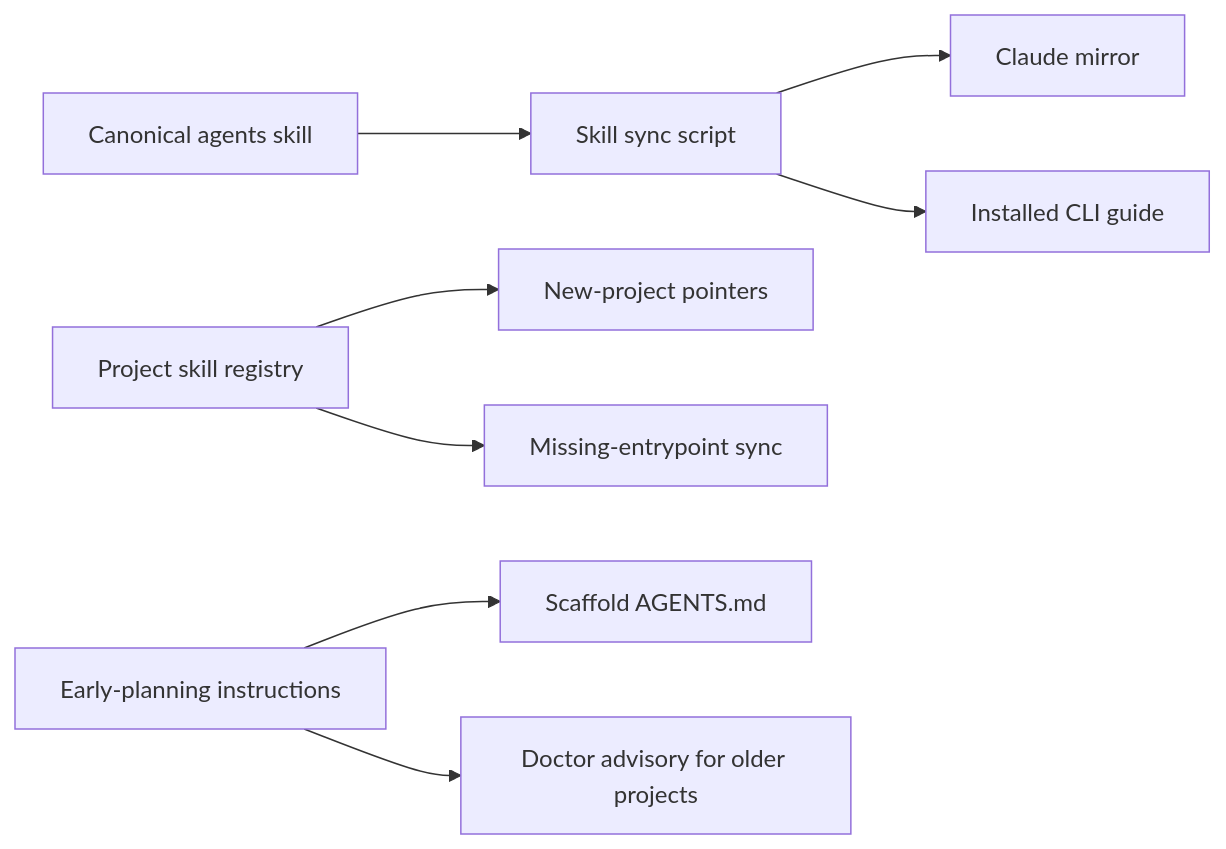
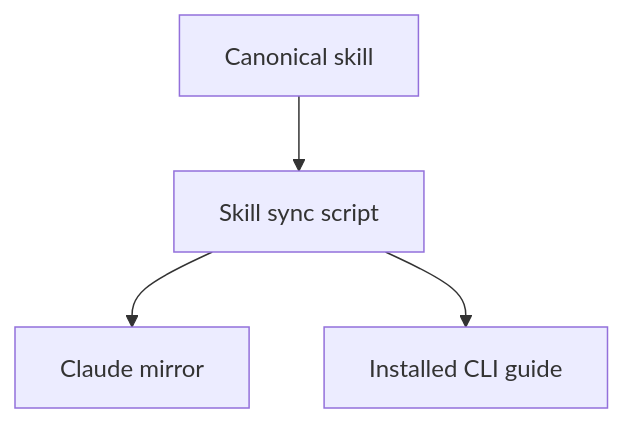
The diagram in docs/visual-planning.md (cpheinrich/morpheus), drawn with Mermaid before and after one commit. The commit also changed other lines of this file and 10 other files, not shown here.

Commit message:
Fit planning diagrams to the reading column

````diff
--- a/docs/visual-planning.md
+++ b/docs/visual-planning.md
@@ -15,10 +20,6 @@
 ```mermaid
-flowchart LR
-  Canonical[Canonical agents skill] --> Sync[Skill sync script]
+flowchart TB
+  Canonical[Canonical skill] --> Sync[Skill sync script]
   Sync --> Mirror[Claude mirror]
   Sync --> CLI[Installed CLI guide]
-  Registry[Project skill registry] --> Init[New-project pointers]
-  Registry --> Existing[Missing-entrypoint sync]
-  Guidance[Early-planning instructions] --> Scaffold[Scaffold AGENTS.md]
-  Guidance --> Doctor[Doctor advisory for older projects]
 ```
````
